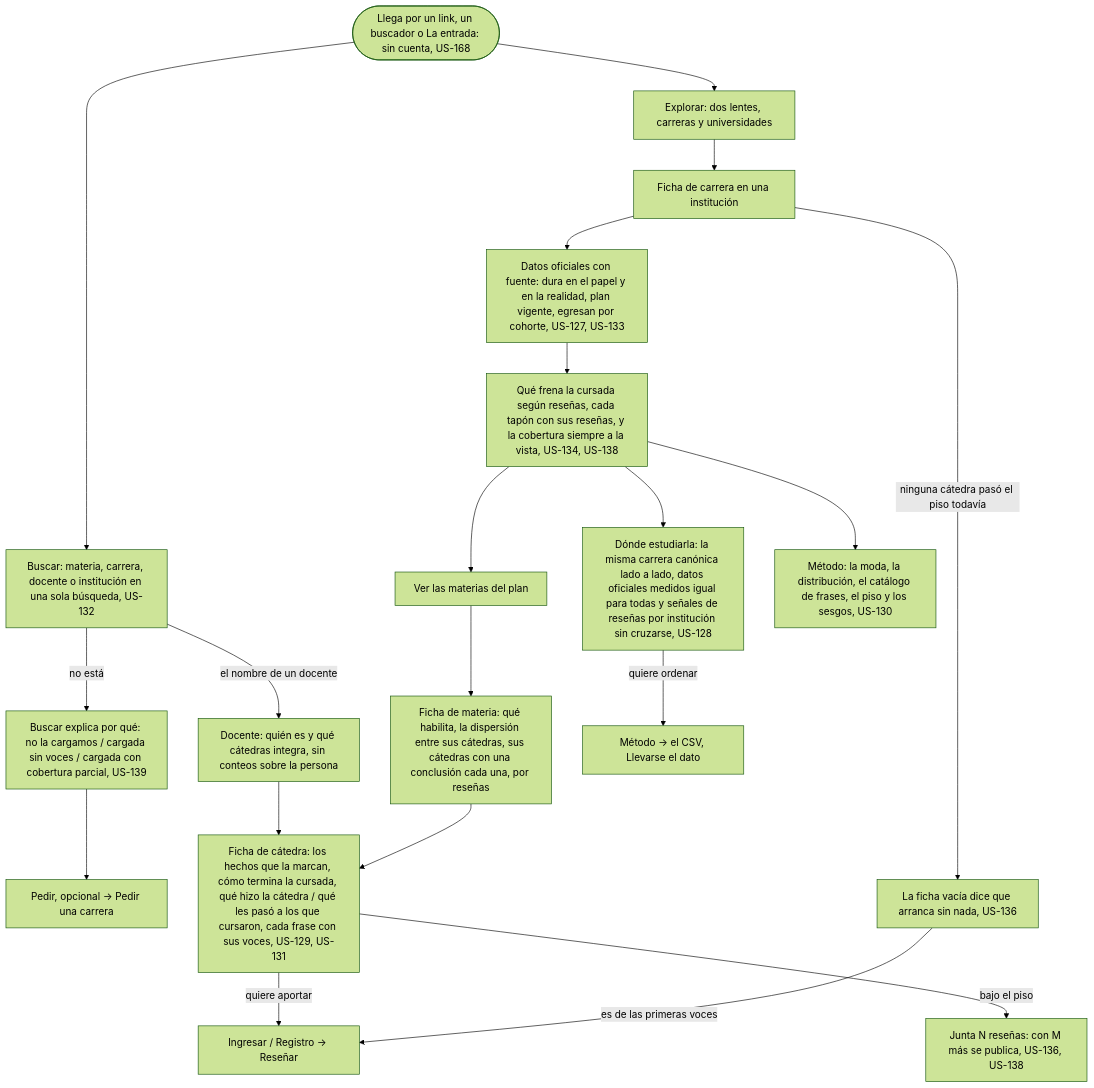
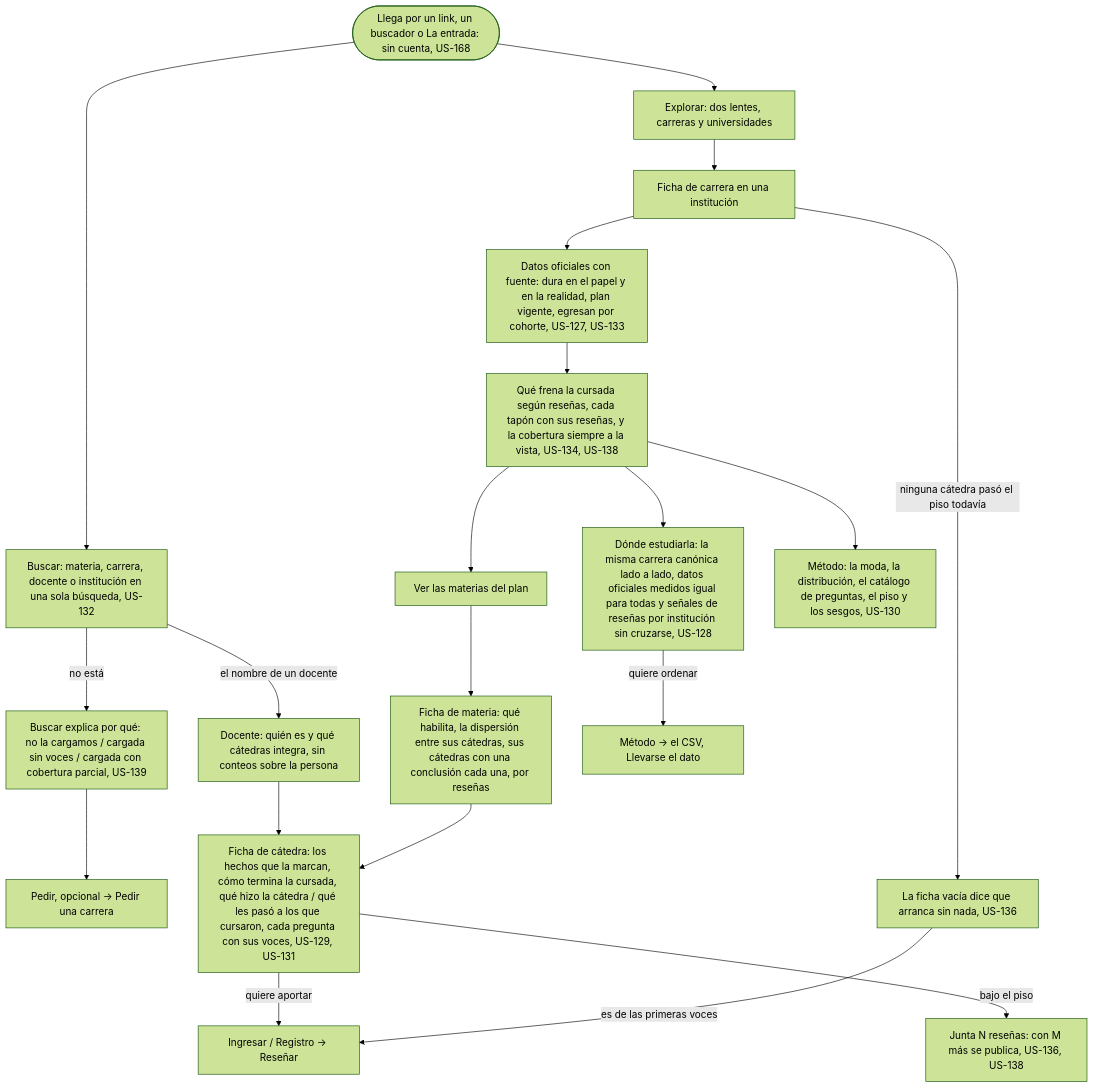
Before and after one commit to lucasidev/plan-b: the diagram in docs/product/student/choose-where-to-study/flow.md, drawn with Mermaid (forest theme). The commit also changed other lines of this file and 136 other files, not shown here.

````diff
--- a/docs/product/student/choose-where-to-study/flow.md
+++ b/docs/product/student/choose-where-to-study/flow.md
@@ -5,22 +5,22 @@
 ```mermaid
 flowchart TD
   A([Llega por un link, un buscador o La entrada: sin cuenta, US-168]) --> B[Explorar: dos lentes, carreras y universidades]
   A --> S[Buscar: materia, carrera, docente o institución en una sola búsqueda, US-132]
   S -->|el nombre de un docente| S1[Docente: quién es y qué cátedras integra, sin conteos sobre la persona]
   S -->|no está| S2[Buscar explica por qué: no la cargamos / cargada sin voces / cargada con cobertura parcial, US-139]
   S2 --> S3[Pedir, opcional → Pedir una carrera]
   S1 --> E2
   B --> C[Ficha de carrera en una institución]
   C -->|ninguna cátedra pasó el piso todavía| C3[La ficha vacía dice que arranca sin nada, US-136]
   C --> C1[Datos oficiales con fuente: dura en el papel y en la realidad, plan vigente, egresan por cohorte, US-127, US-133]
   C1 --> C2[Qué frena la cursada según reseñas, cada tapón con sus reseñas, y la cobertura siempre a la vista, US-134, US-138]
   C2 --> D[Ver las materias del plan]
   D --> E[Ficha de materia: qué habilita, la dispersión entre sus cátedras, sus cátedras con una conclusión cada una, por reseñas]
-  E --> E2[Ficha de cátedra: los hechos que la marcan, cómo termina la cursada, qué hizo la cátedra / qué les pasó a los que cursaron, cada frase con sus voces, US-129, US-131]
+  E --> E2[Ficha de cátedra: los hechos que la marcan, cómo termina la cursada, qué hizo la cátedra / qué les pasó a los que cursaron, cada pregunta con sus voces, US-129, US-131]
   E2 -->|bajo el piso| E1[Junta N reseñas: con M más se publica, US-136, US-138]
   C2 --> F[Dónde estudiarla: la misma carrera canónica lado a lado, datos oficiales medidos igual para todas y señales de reseñas por institución sin cruzarse, US-128]
   F -->|quiere ordenar| F2[Método → el CSV, Llevarse el dato]
-  C2 --> G[Método: la moda, la distribución, el catálogo de frases, el piso y los sesgos, US-130]
+  C2 --> G[Método: la moda, la distribución, el catálogo de preguntas, el piso y los sesgos, US-130]
   E2 -->|quiere aportar| H[Ingresar / Registro → Reseñar]
   C3 -->|es de las primeras voces| H
 ```
````
